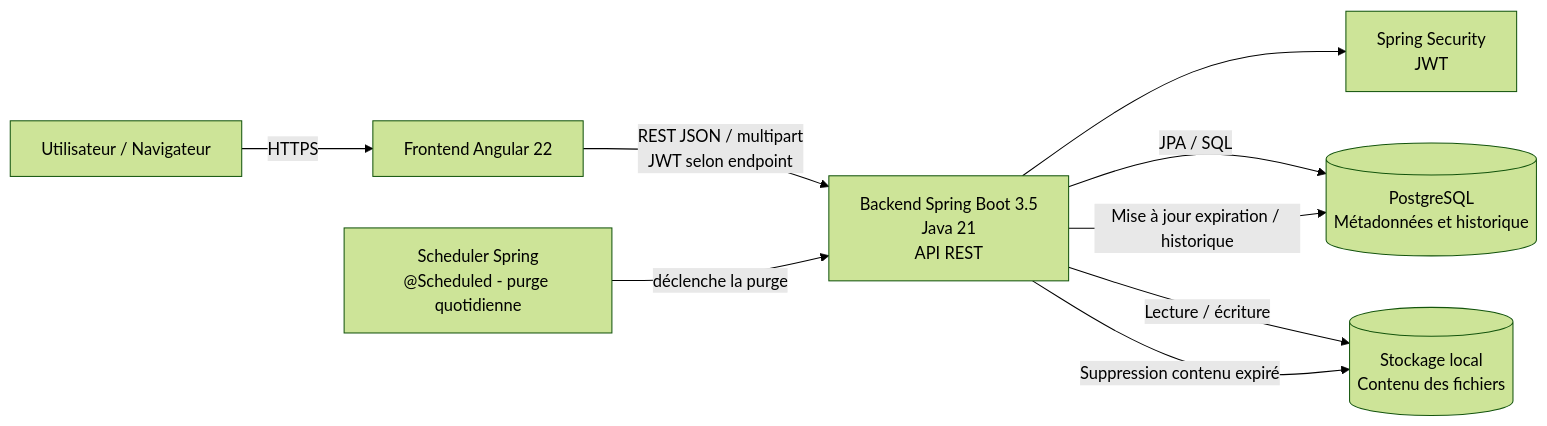
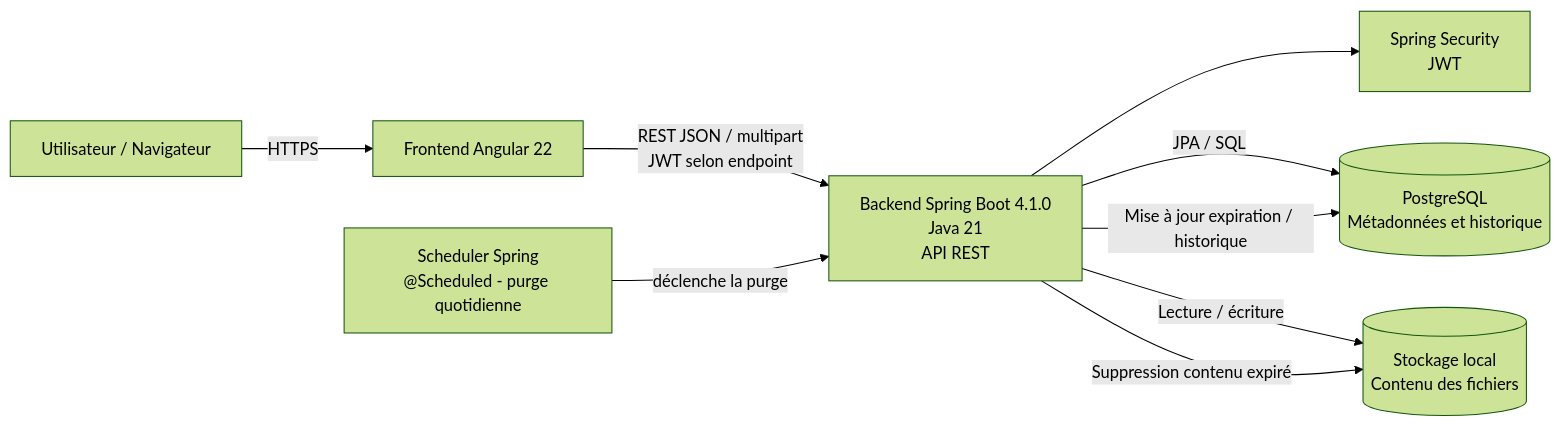
Before and after one commit to lolo761012/OCP3-DataShare: the diagram in docs/architecture/OCP3_ARCHITECTURE.md, drawn with Mermaid (forest theme).

Commit message:
docs: update Spring Boot version

````diff
--- a/docs/architecture/OCP3_ARCHITECTURE.md
+++ b/docs/architecture/OCP3_ARCHITECTURE.md
@@ -3,21 +3,21 @@
 ```mermaid
 flowchart LR
     U[Utilisateur / Navigateur]
     F[Frontend Angular 22]
-    B[Backend Spring Boot 3.5<br/>Java 21<br/>API REST]
+    B[Backend Spring Boot 4.1.0<br/>Java 21<br/>API REST]
     DB[(PostgreSQL<br/>Métadonnées et historique)]
     FS[(Stockage local<br/>Contenu des fichiers)]
     JWT[Spring Security<br/>JWT]
     S[Scheduler Spring<br/>@Scheduled - purge quotidienne]
 
     U -->|HTTPS| F
     F -->|REST JSON / multipart<br/>JWT selon endpoint| B
 
     B --> JWT
     B -->|JPA / SQL| DB
     B -->|Lecture / écriture| FS
 
     S -->|déclenche la purge| B
     B -->|Mise à jour expiration / historique| DB
     B -->|Suppression contenu expiré| FS
 ```
````
